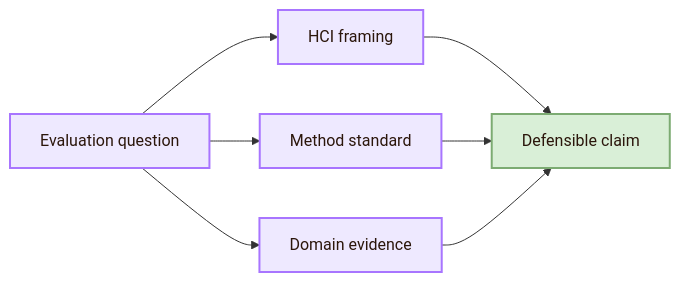
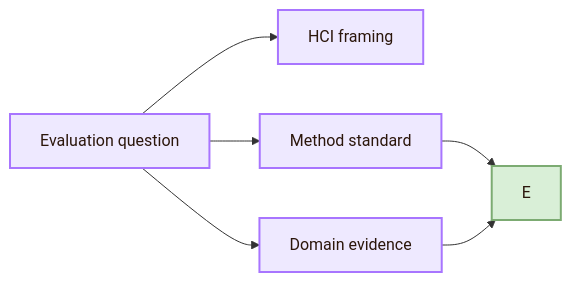
Diagram 13 of 15 in 01_Core_Area_HCI/001_Subareas/03_Evaluating_the_Design/Important Venues.md (andreitegzes06-ui/CogniShire), drawn with Mermaid before and after one commit. The commit also changed other lines of this file and 131 other files, not shown here.

````diff
--- a/01_Core_Area_HCI/001_Subareas/03_Evaluating_the_Design/Important Venues.md
+++ b/01_Core_Area_HCI/001_Subareas/03_Evaluating_the_Design/Important Venues.md
@@ -525,15 +521,14 @@
 ```mermaid
 flowchart LR
     A[Evaluation question] --> B[HCI framing]
     A --> C[Method standard]
     A --> D[Domain evidence]
-    B --> E[Defensible claim]
     C --> E
     D --> E
 
     classDef node fill:#eee9ff,stroke:#a875ff,color:#2b160b,stroke-width:2px;
     classDef final fill:#d9efd7,stroke:#7cab72,color:#2b160b,stroke-width:2px;
 
     class A,B,C,D node;
     class E final;
 ```
````
